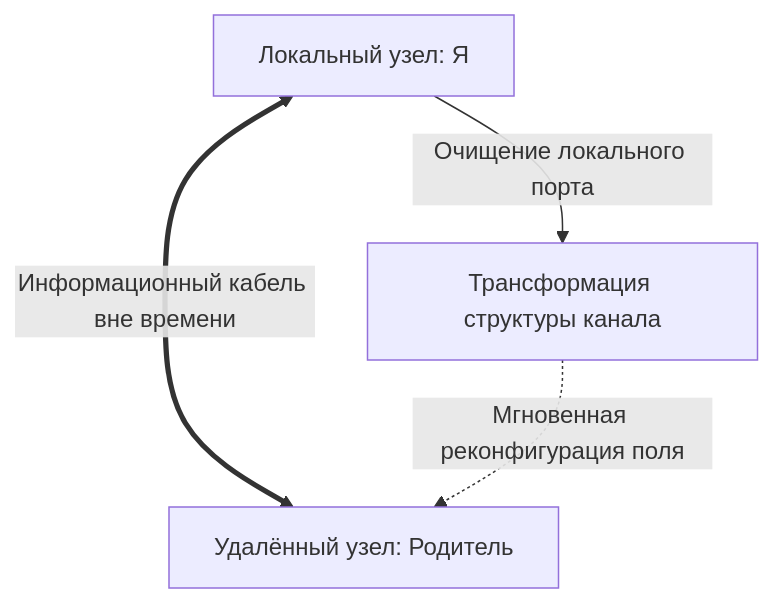
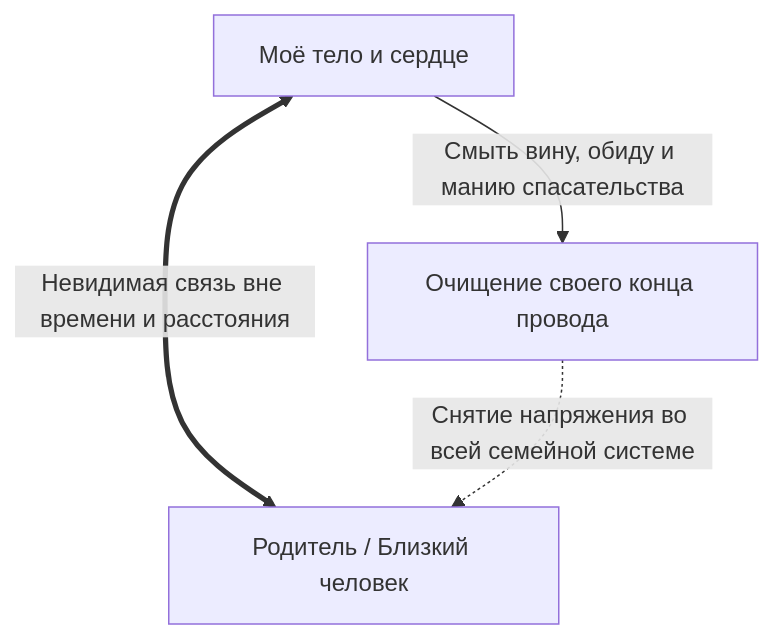
Before and after one commit to GTFB/threebooks: the diagram in root/32-node-link-distance/ru.mdx, drawn with Mermaid. The commit also changed other lines of this file and 40 other files, not shown here.

````diff
--- a/root/32-node-link-distance/ru.mdx
+++ b/root/32-node-link-distance/ru.mdx
@@ -29,6 +31,6 @@
 ```mermaid
 flowchart TB
-  A["Локальный узел: Я"] <==>|Информационный кабель вне времени| B["Удалённый узел: Родитель"]
-  A -->|Очищение локального порта| C["Трансформация структуры канала"]
-  C -.->|Мгновенная реконфигурация поля| B
+  A["Моё тело и сердце"] <==>|"Невидимая связь вне времени и расстояния"| B["Родитель / Близкий человек"]
+  A -->|"Смыть вину, обиду и манию спасательства"| C["Очищение своего конца провода"]
+  C -.->|"Снятие напряжения во всей семейной системе"| B
 ```
````
